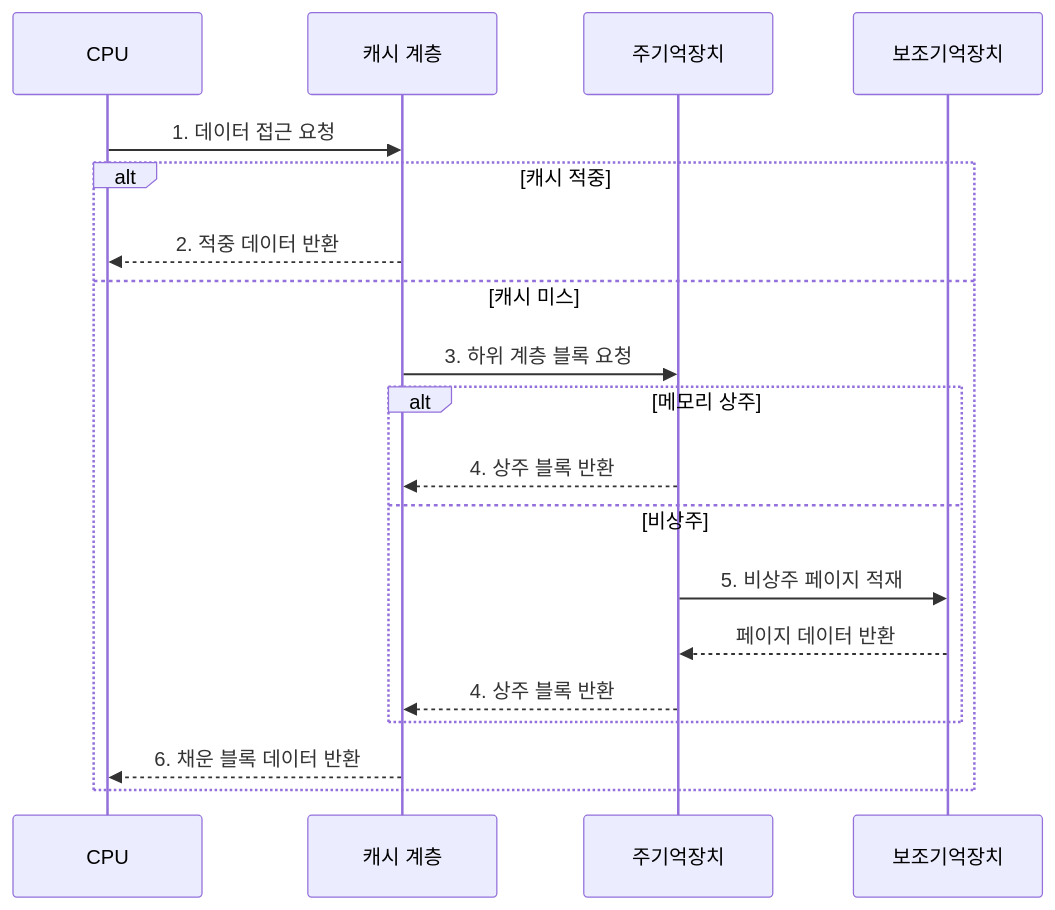
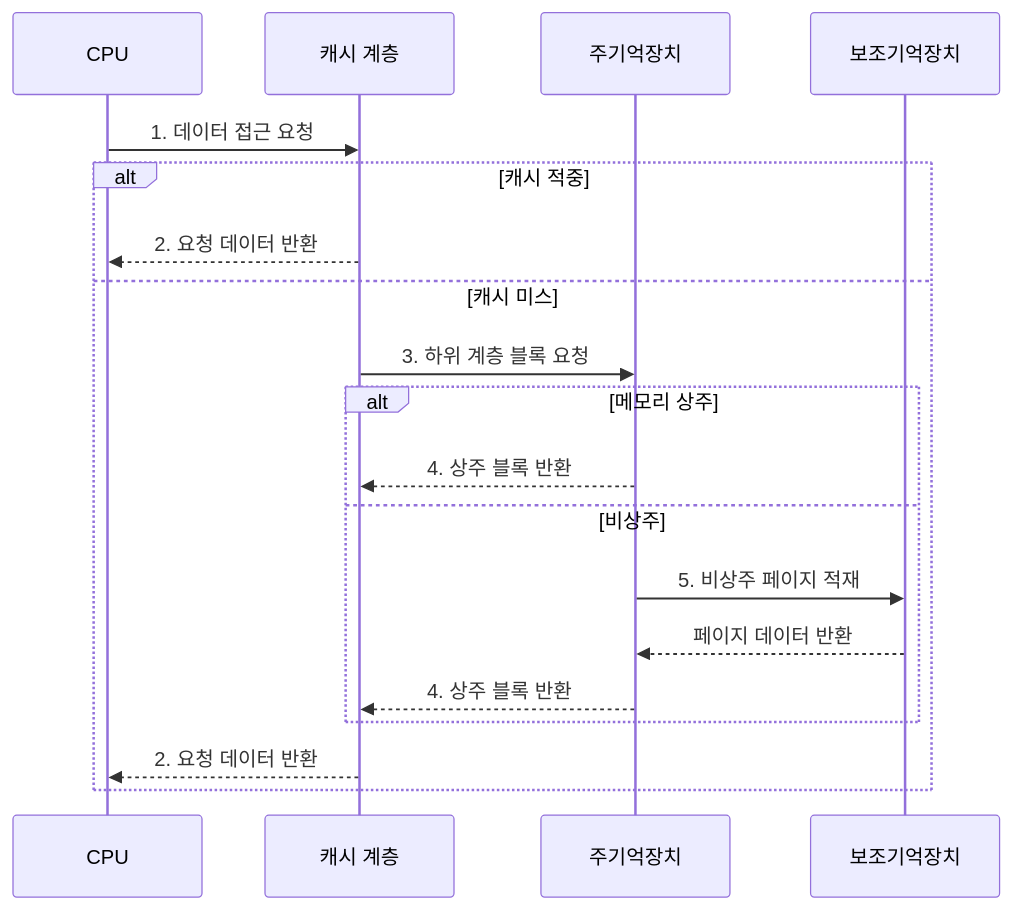
One commit to agnusdei1207/knowledge-base changed the second of 2 diagrams in src/content/docs/notes/02-hardware/022_memory_hierarchy.md. Above: the diagram before and after it, drawn with Mermaid. The commit also changed other lines of this file and 86 other files, not shown here.

````diff
--- a/src/content/docs/notes/02-hardware/022_memory_hierarchy.md
+++ b/src/content/docs/notes/02-hardware/022_memory_hierarchy.md
@@ -93,21 +93,21 @@
 ```mermaid
 sequenceDiagram
     participant C as CPU
     participant L as 캐시 계층
     participant M as 주기억장치
     participant S as 보조기억장치
     C->>L: 1. 데이터 접근 요청
     alt 캐시 적중
-        L-->>C: 2. 적중 데이터 반환
+        L-->>C: 2. 요청 데이터 반환
     else 캐시 미스
         L->>M: 3. 하위 계층 블록 요청
         alt 메모리 상주
             M-->>L: 4. 상주 블록 반환
         else 비상주
             M->>S: 5. 비상주 페이지 적재
             S-->>M: 페이지 데이터 반환
             M-->>L: 4. 상주 블록 반환
         end
-        L-->>C: 6. 채운 블록 데이터 반환
+        L-->>C: 2. 요청 데이터 반환
     end
 ```
````
